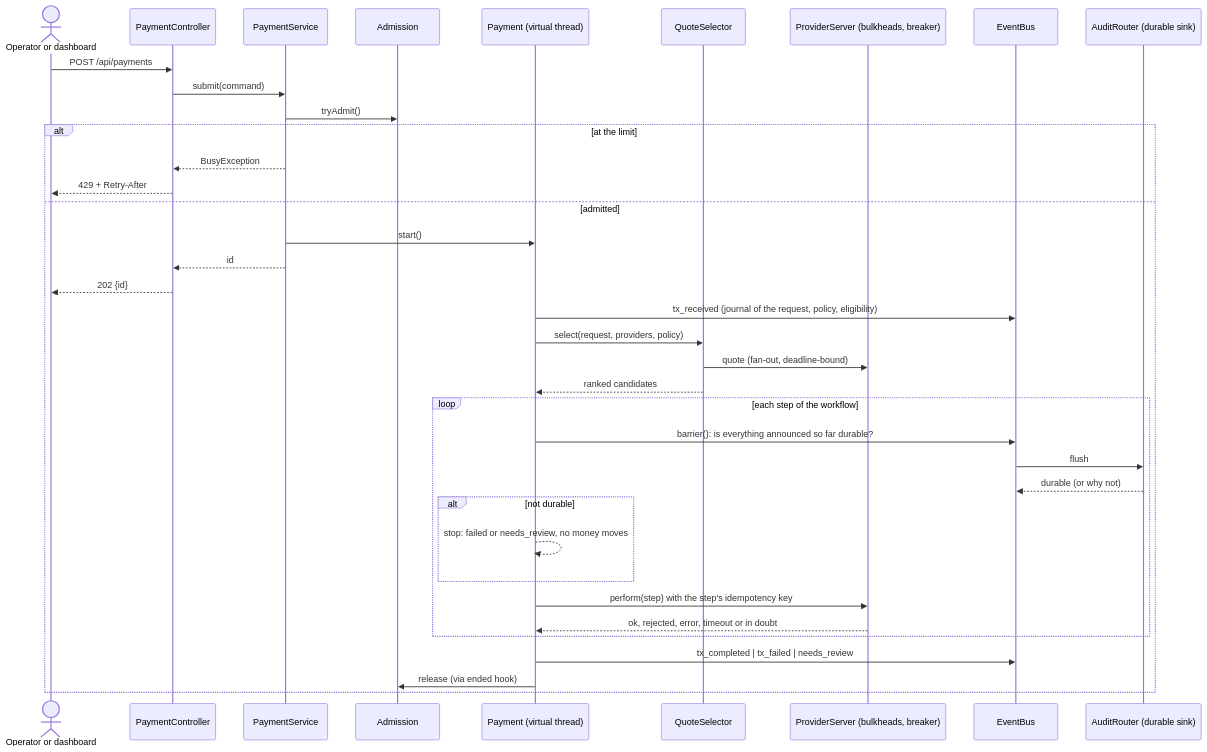
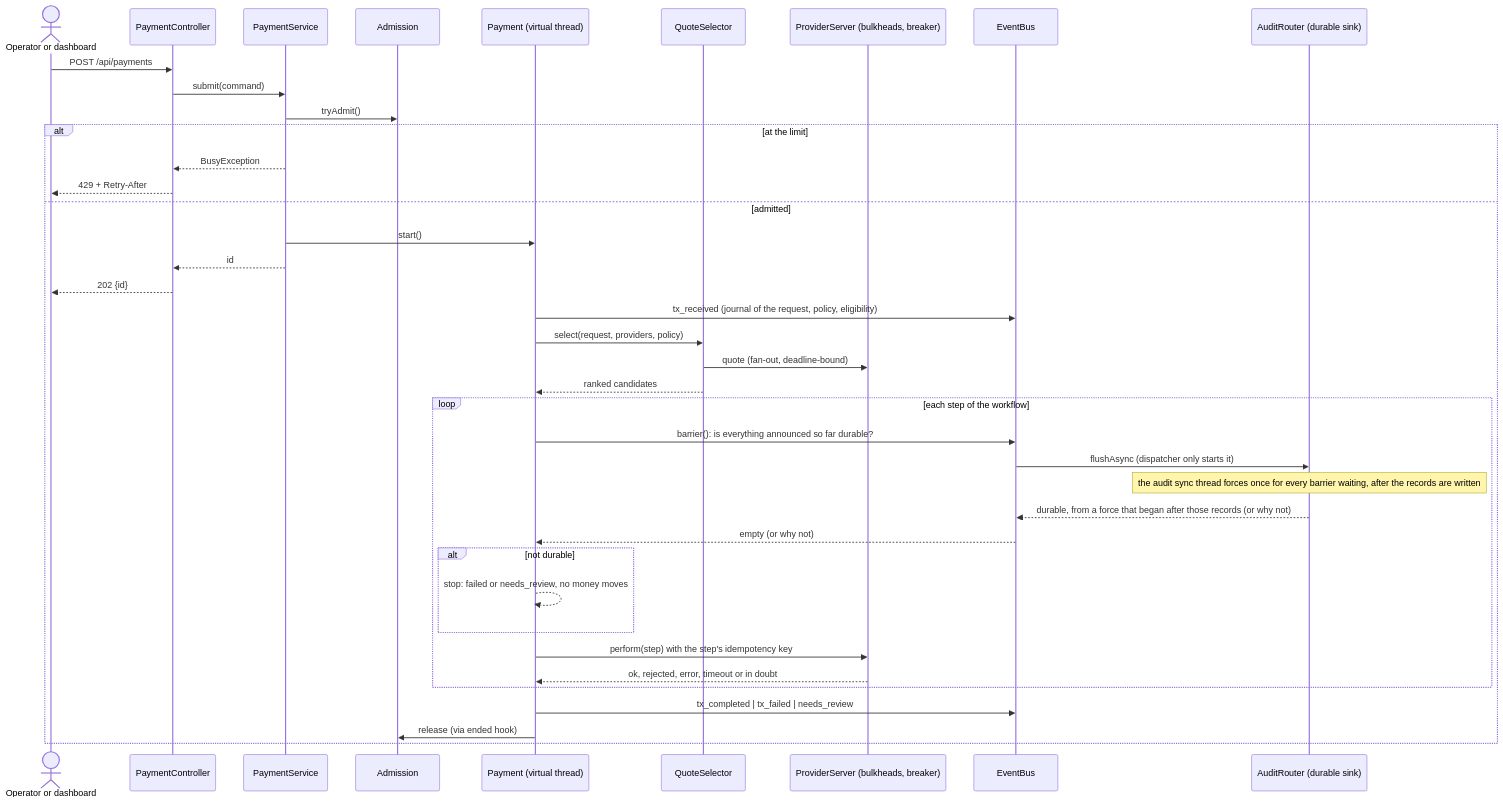
The fourth of 4 diagrams in docs/architecture/13-java-architecture.md (robbrown-net/actor-tx-spike), drawn with Mermaid before and after one commit. The commit also changed other lines of this file and 42 other files, not shown here.

````diff
--- a/docs/architecture/13-java-architecture.md
+++ b/docs/architecture/13-java-architecture.md
@@ -150,39 +150,41 @@
 ```mermaid
 sequenceDiagram
   actor Op as Operator or dashboard
   participant C as PaymentController
   participant S as PaymentService
   participant A as Admission
   participant P as Payment (virtual thread)
   participant Q as QuoteSelector
   participant V as ProviderServer (bulkheads, breaker)
   participant B as EventBus
   participant L as AuditRouter (durable sink)
   Op->>C: POST /api/payments
   C->>S: submit(command)
   S->>A: tryAdmit()
   alt at the limit
     S-->>C: BusyException
     C-->>Op: 429 + Retry-After
   else admitted
     S->>P: start()
     S-->>C: id
     C-->>Op: 202 {id}
     P->>B: tx_received (journal of the request, policy, eligibility)
     P->>Q: select(request, providers, policy)
     Q->>V: quote (fan-out, deadline-bound)
     Q-->>P: ranked candidates
     loop each step of the workflow
       P->>B: barrier(): is everything announced so far durable?
-      B->>L: flush
-      L-->>B: durable (or why not)
+      B->>L: flushAsync (dispatcher only starts it)
+      Note over L: the audit sync thread forces once for every barrier waiting, after the records are written
+      L-->>B: durable, from a force that began after those records (or why not)
+      B-->>P: empty (or why not)
       alt not durable
         P-->>P: stop: failed or needs_review, no money moves
       end
       P->>V: perform(step) with the step's idempotency key
       V-->>P: ok, rejected, error, timeout or in doubt
     end
     P->>B: tx_completed | tx_failed | needs_review
     P->>A: release (via ended hook)
   end
 ```
````
